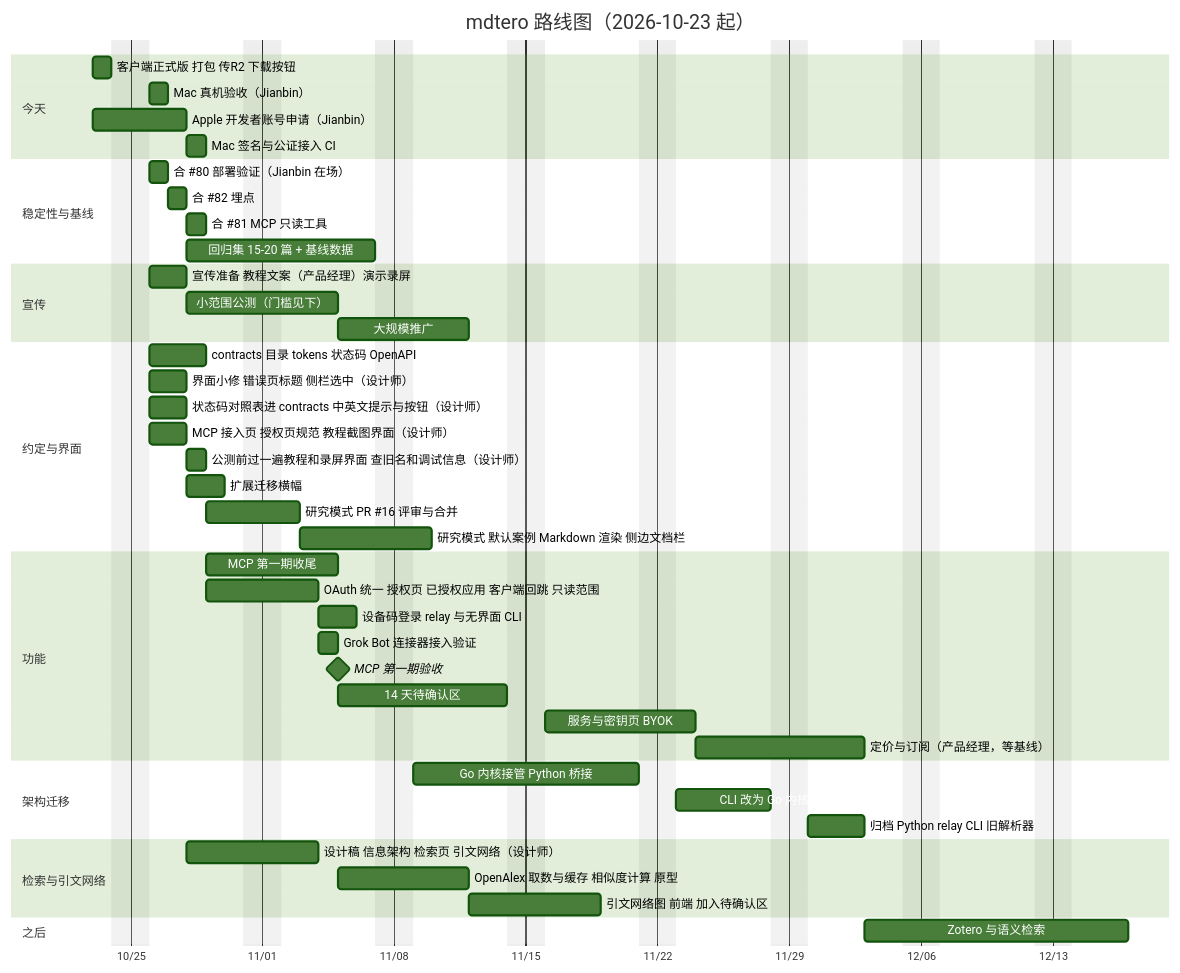
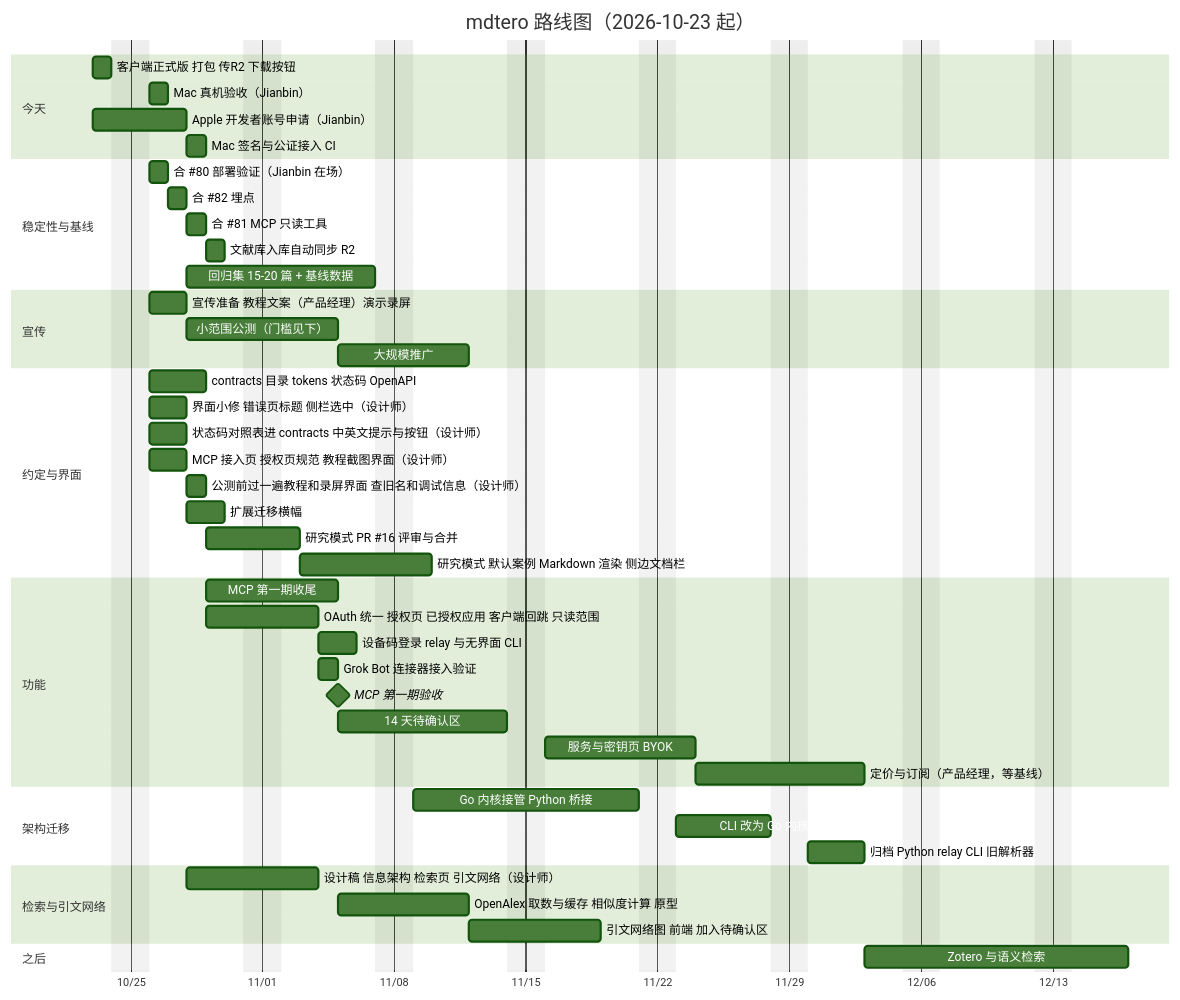
One commit to JonbinC/doi2md changed the diagram in docs/roadmap/gantt.md. Above: the diagram before and after it, drawn with Mermaid (forest theme).

Commit message:
docs: gantt adds library R2 sync

````diff
--- a/docs/roadmap/gantt.md
+++ b/docs/roadmap/gantt.md
@@ -2,49 +2,50 @@
 ```mermaid
 gantt
     title mdtero 路线图（2026-10-23 起）
     dateFormat YYYY-MM-DD
     axisFormat %m/%d
     excludes weekends
     section 今天
     客户端正式版 打包 传R2 下载按钮      :a1, 2026-10-23, 1d
     Mac 真机验收（Jianbin）               :a2, after a1, 1d
     Apple 开发者账号申请（Jianbin）       :a3, 2026-10-23, 3d
     Mac 签名与公证接入 CI                 :a4, after a3, 1d
     section 稳定性与基线
     合 #80 部署验证（Jianbin 在场）        :b1, 2026-10-26, 1d
     合 #82 埋点                           :b2, after b1, 1d
     合 #81 MCP 只读工具                   :b3, after b2, 1d
+    文献库入库自动同步 R2                  :b5, after b3, 1d
     回归集 15-20 篇 + 基线数据             :b4, after b2, 8d
     section 宣传
     宣传准备 教程文案（产品经理）演示录屏    :p1, 2026-10-26, 2d
     小范围公测（门槛见下）                 :p2, 2026-10-28, 6d
     大规模推广                            :p3, after d4, 5d
     section 约定与界面
     contracts 目录 tokens 状态码 OpenAPI  :c1, 2026-10-26, 3d
     界面小修 错误页标题 侧栏选中（设计师） :c2, 2026-10-26, 2d
     状态码对照表进 contracts 中英文提示与按钮（设计师） :c5, 2026-10-26, 2d
     MCP 接入页 授权页规范 教程截图界面（设计师） :c6, 2026-10-26, 2d
     公测前过一遍教程和录屏界面 查旧名和调试信息（设计师） :c7, after c6, 1d
     扩展迁移横幅                          :c4, 2026-10-28, 2d
     研究模式 PR #16 评审与合并             :c3, after c1, 3d
     研究模式 默认案例 Markdown 渲染 侧边文档栏 :c8, after c3, 5d
     section 功能
     MCP 第一期收尾                         :d1, after b3, 5d
     OAuth 统一 授权页 已授权应用 客户端回跳 只读范围 :o1, after b3, 4d
     设备码登录 relay 与无界面 CLI               :o2, after o1, 2d
     Grok Bot 连接器接入验证                    :g1, after o1, 1d
     MCP 第一期验收                         :milestone, d4, after d1 o1 g1 a4, 0d
     14 天待确认区                          :d2, after d4, 7d
     服务与密钥页 BYOK                      :d3, after d2, 6d
     定价与订阅（产品经理，等基线）          :d5, after d3, 7d
     section 架构迁移
     Go 内核接管 Python 桥接                :e1, 2026-11-09, 10d
     CLI 改为 Go 内核外壳                   :e2, after e1, 5d
     归档 Python relay CLI 旧解析器         :e3, after e2, 3d
     section 检索与引文网络
     设计稿 信息架构 检索页 引文网络（设计师） :s1, 2026-10-28, 5d
     OpenAlex 取数与缓存 相似度计算 原型       :s2, after d4, 5d
     引文网络图 前端 加入待确认区               :s3, after s2, 5d
     section 之后
     Zotero 与语义检索                      :f1, after d5, 10d
 ```
````
